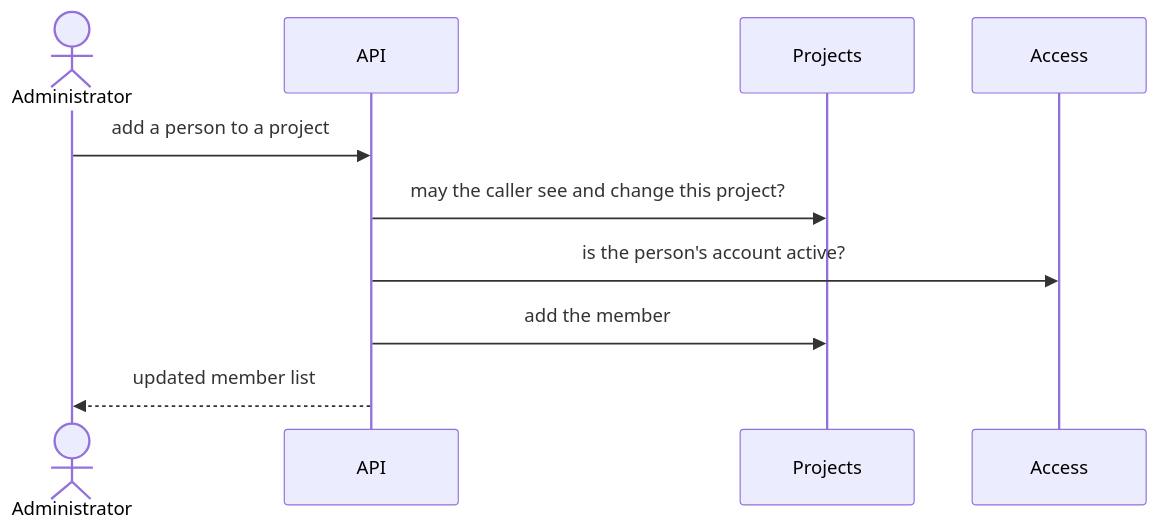
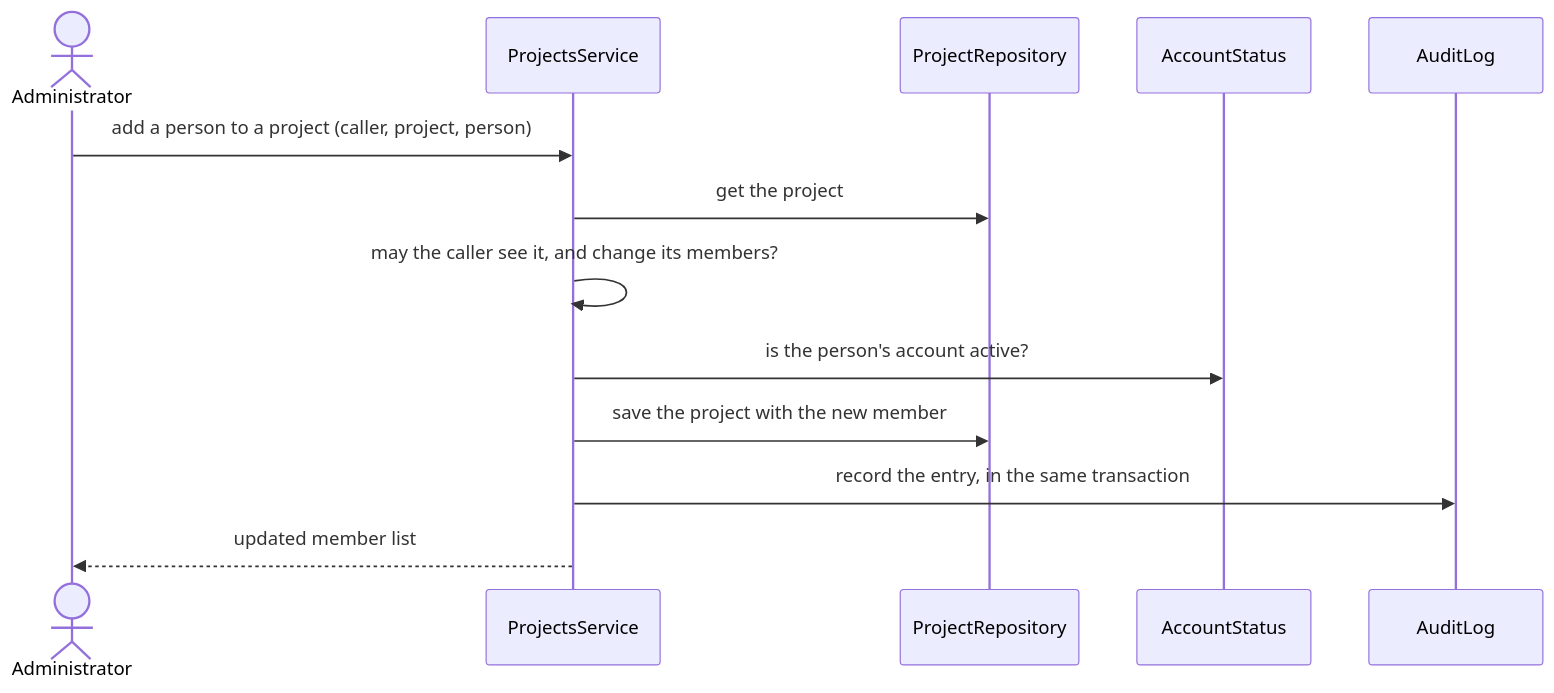
One commit to Thommans-Playground/playground-keycloak changed the diagram in docs/usecases/UC-P2-manage-project-members.md. Above: the diagram before and after it, drawn with Mermaid. The commit also changed other lines of this file and 9 other files, not shown here.

First line of the commit message:
docs(UC-P3): design Projects, add list and open a project

````diff
--- a/docs/usecases/UC-P2-manage-project-members.md
+++ b/docs/usecases/UC-P2-manage-project-members.md
@@ -164,12 +157,15 @@
 ```mermaid
 sequenceDiagram
     actor M as Administrator
-    participant A as API
-    participant P as Projects
-    participant C as Access
-    M->>A: add a person to a project
-    A->>P: may the caller see and change this project?
-    A->>C: is the person's account active?
-    A->>P: add the member
-    A-->>M: updated member list
+    participant S as ProjectsService
+    participant R as ProjectRepository
+    participant C as AccountStatus
+    participant L as AuditLog
+    M->>S: add a person to a project (caller, project, person)
+    S->>R: get the project
+    S->>S: may the caller see it, and change its members?
+    S->>C: is the person's account active?
+    S->>R: save the project with the new member
+    S->>L: record the entry, in the same transaction
+    S-->>M: updated member list
 ```
````
